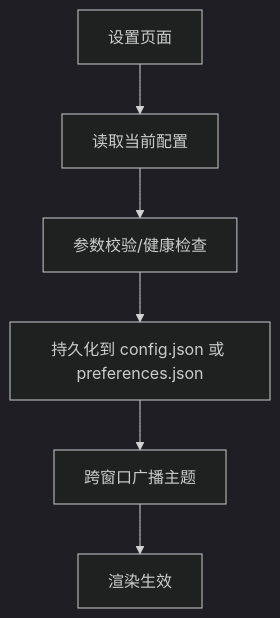
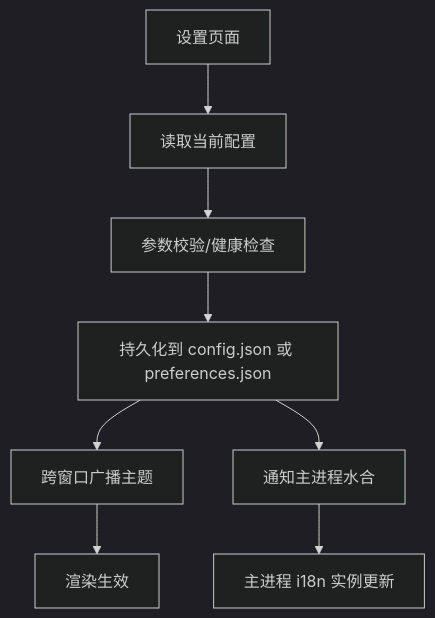
One commit to haolange/craft-agents-oss changed the seventh of 10 diagrams in .qoder/repowiki/zh/content/配置和设置/用户偏好设置.md. Above: the diagram before and after it, drawn with Mermaid (dark theme). The commit also changed other lines of this file and 5 other files, not shown here.

````diff
--- a/.qoder/repowiki/zh/content/配置和设置/用户偏好设置.md
+++ b/.qoder/repowiki/zh/content/配置和设置/用户偏好设置.md
@@ -306,8 +339,10 @@
 ```mermaid
 flowchart TD
 UI["设置页面"] --> Read["读取当前配置"]
 Read --> Validate["参数校验/健康检查"]
 Validate --> Persist["持久化到 config.json 或 preferences.json"]
 Persist --> Broadcast["跨窗口广播主题"]
 Broadcast --> Render["渲染生效"]
+Persist --> Hydrate["通知主进程水合"]
+Hydrate --> MainProcess["主进程 i18n 实例更新"]
 ```
````
